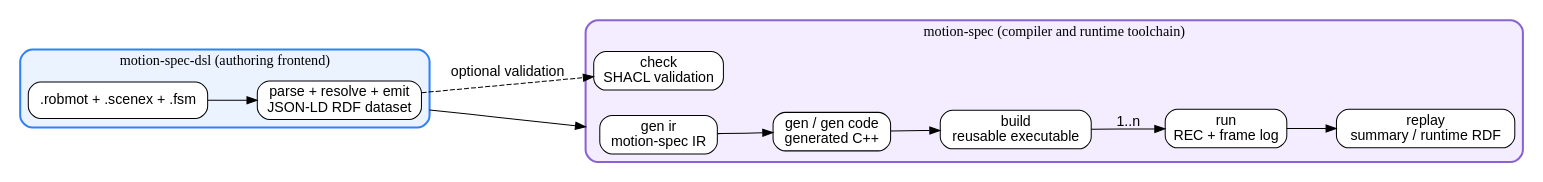
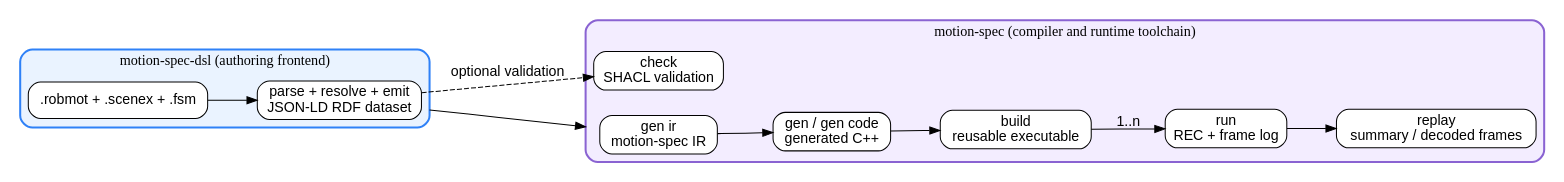
The diagram in docs/sphinx/source/_static/pipeline.dot (secorolab/motion-spec), drawn with Graphviz before and after one commit. The commit also changed 47 other files, not shown here.

Commit message:
Rebuild provenance on rdf-utils and prov-extension: one generation document, the run as the Execution, no runtime graph

```diff
--- a/docs/sphinx/source/_static/pipeline.dot
+++ b/docs/sphinx/source/_static/pipeline.dot
@@ -1,44 +1,44 @@
 // SPDX-License-Identifier: MPL-2.0
 // SPDX-FileCopyrightText: 2026 SECORO AG (secoro.uni-bremen.de)
 // Author: Vamsi Kalagaturu
 
 digraph pipeline {
   rankdir=LR;
   graph [bgcolor="white", nodesep=0.35, ranksep=0.65, compound=true];
   node [shape=box, style="rounded,filled", fillcolor="white", fontname="sans-serif"];
   edge [fontname="sans-serif"];
 
   subgraph cluster_dsl {
     label="motion-spec-dsl (authoring frontend)";
     color="#2f81f7";
     penwidth=2;
     style="rounded,filled";
     fillcolor="#eaf3ff";
 
     source [label=".robmot + .scenex + .fsm"];
     rdf [label="parse + resolve + emit\nJSON-LD RDF dataset"];
     source -> rdf;
   }
 
   subgraph cluster_motion_spec {
     label="motion-spec (compiler and runtime toolchain)";
     color="#8a63d2";
     penwidth=2;
     style="rounded,filled";
     fillcolor="#f3edff";
 
     check [label="check\nSHACL validation"];
     ir [label="gen ir\nmotion-spec IR"];
     cpp [label="gen / gen code\ngenerated C++"];
     build [label="build\nreusable executable"];
     run [label="run\nREC + frame log"];
-    replay [label="replay\nsummary / runtime RDF"];
+    replay [label="replay\nsummary / decoded frames"];
 
     ir -> cpp -> build;
     build -> run [label="1..n"];
     run -> replay;
   }
 
   rdf -> ir [ltail=cluster_dsl, lhead=cluster_motion_spec];
   rdf -> check [style=dashed, label="optional validation"];
 }
```
